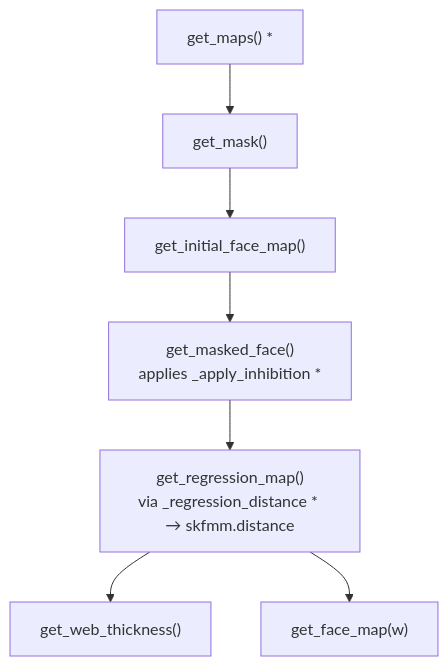
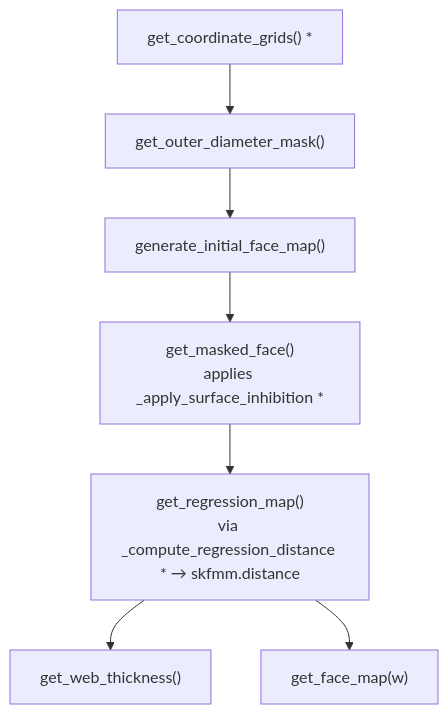
The first of 3 diagrams in docs/theory/grain_regression.md (felipebogaertsm/machwave), drawn with Mermaid before and after one commit. The commit also changed other lines of this file and 27 other files, not shown here.

````diff
--- a/docs/theory/grain_regression.md
+++ b/docs/theory/grain_regression.md
@@ -205,9 +205,9 @@
 ```mermaid
 flowchart TB
-    A["get_maps() *"] --> B["get_mask()"]
-    B --> C["get_initial_face_map()"]
-    C --> D["get_masked_face()<br/>applies _apply_inhibition *"]
-    D --> E["get_regression_map()<br/>via _regression_distance * → skfmm.distance"]
+    A["get_coordinate_grids() *"] --> B["get_outer_diameter_mask()"]
+    B --> C["generate_initial_face_map()"]
+    C --> D["get_masked_face()<br/>applies _apply_surface_inhibition *"]
+    D --> E["get_regression_map()<br/>via _compute_regression_distance * → skfmm.distance"]
     E --> F["get_web_thickness()"]
     E --> G["get_face_map(w)"]
 ```
````
